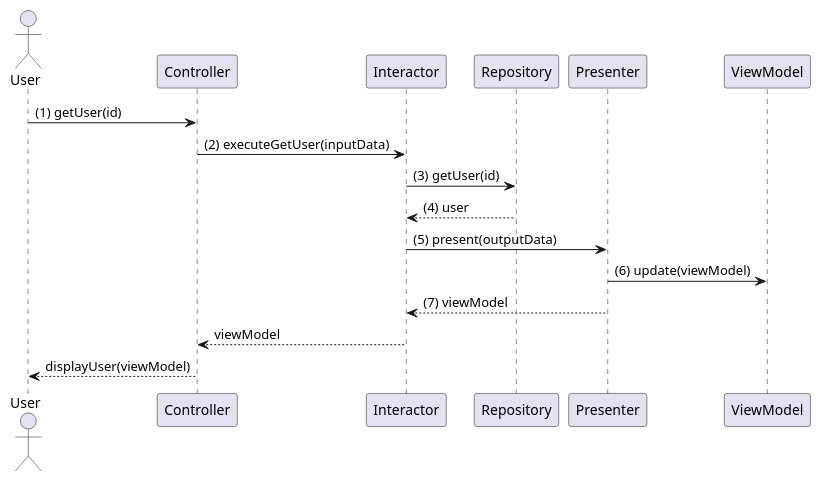
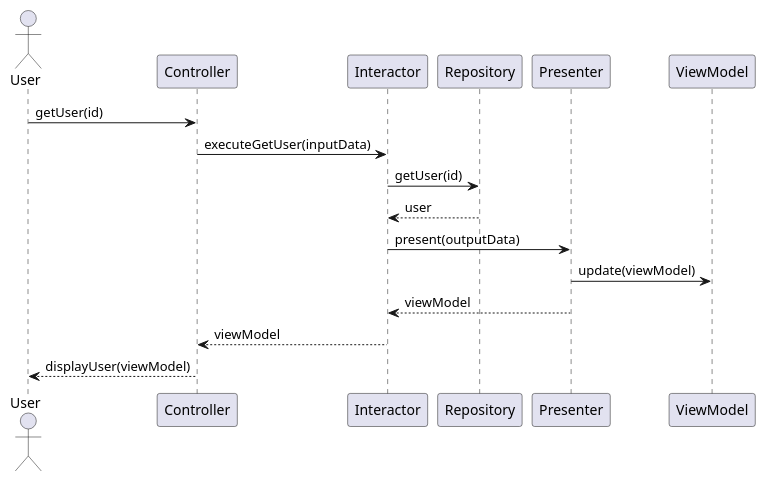
Before and after one commit to francisco-gargiulo/clean-architecture-typical-scenario-ts: the first of 2 diagrams in README.md, drawn with PlantUML. The commit also changed other lines of this file and 2 other files, not shown here.

````diff
--- a/README.md
+++ b/README.md
@@ -92,20 +64,20 @@
 ```plantuml
 @startuml
   actor User
   participant Controller
   participant Interactor
   participant Repository
   participant Presenter
   participant ViewModel
 
-  User -> Controller : (1) getUser(id)
-  Controller -> Interactor : (2) executeGetUser(inputData)
-  Interactor -> Repository : (3) getUser(id)
-  Repository --> Interactor : (4) user
-  Interactor -> Presenter : (5) present(outputData)
-  Presenter -> ViewModel : (6) update(viewModel)
-  Presenter --> Interactor : (7) viewModel
+  User -> Controller : getUser(id)
+  Controller -> Interactor : executeGetUser(inputData)
+  Interactor -> Repository : getUser(id)
+  Repository --> Interactor : user
+  Interactor -> Presenter : present(outputData)
+  Presenter -> ViewModel : update(viewModel)
+  Presenter --> Interactor : viewModel
   Interactor --> Controller : viewModel
   Controller --> User : displayUser(viewModel)
 @enduml
 ```
````
